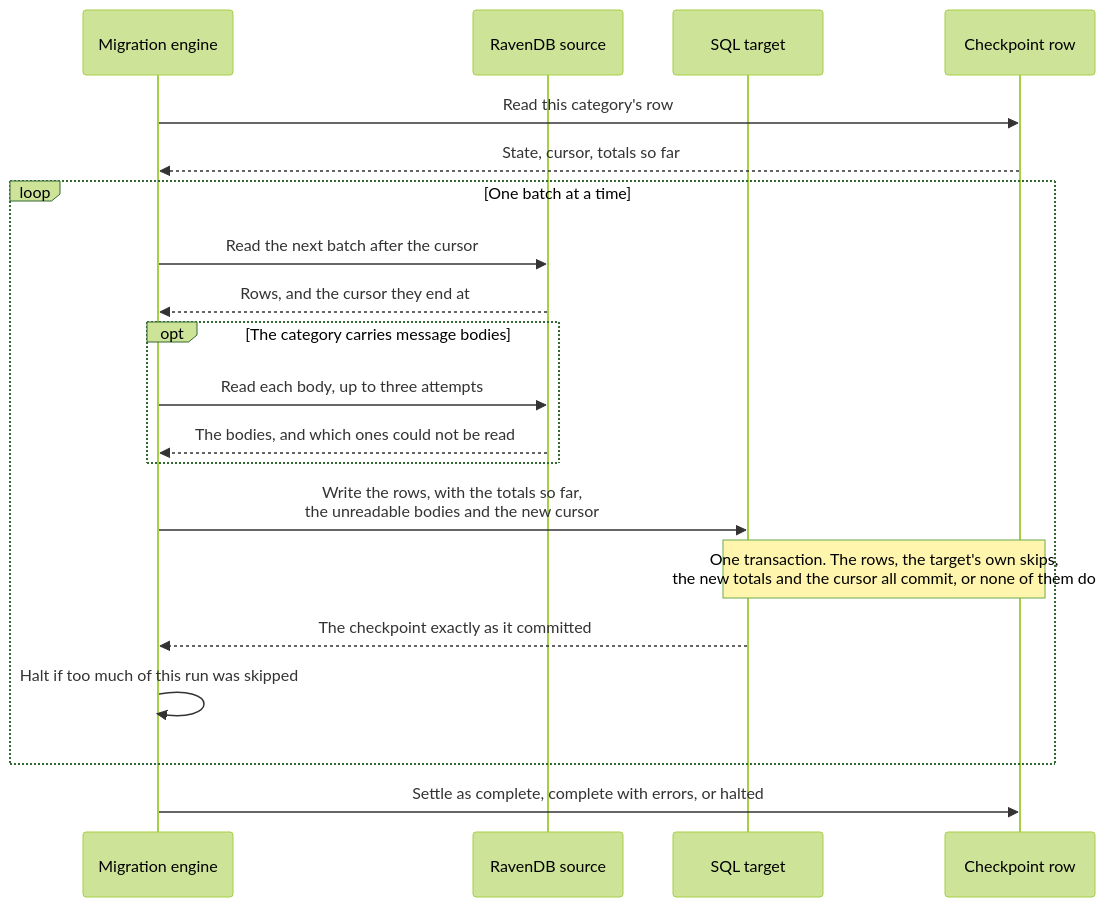
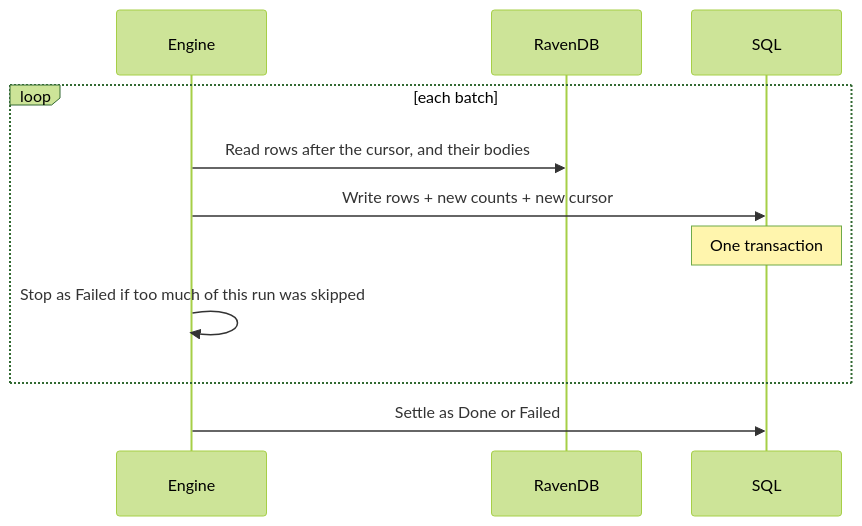
Before and after one commit to Particular/ServiceControl: the fifth of 5 diagrams in docs/migration/ravendb-to-sql-migration-overview.md, drawn with Mermaid (forest theme). The commit also changed other lines of this file and 148 other files, not shown here.

First line of the commit message:
[Migration Engine Part 2] Add a migration checkpoint table to SQL Server and PostgreSQL (#5897)

````diff
--- a/docs/migration/ravendb-to-sql-migration-overview.md
+++ b/docs/migration/ravendb-to-sql-migration-overview.md
@@ -247,23 +296,13 @@
 ```mermaid
 sequenceDiagram
-    participant E as Migration engine
-    participant S as RavenDB source
-    participant T as SQL target
-    participant C as Checkpoint row
-
-    E->>C: Read this category's row
-    C-->>E: State, cursor, totals so far
-    loop One batch at a time
-        E->>S: Read the next batch after the cursor
-        S-->>E: Rows, and the cursor they end at
-        opt The category carries message bodies
-            E->>S: Read each body, up to three attempts
-            S-->>E: The bodies, and which ones could not be read
-        end
-        E->>T: Write the rows, with the totals so far,<br/>the unreadable bodies and the new cursor
-        Note over T,C: One transaction. The rows, the target's own skips,<br/>the new totals and the cursor all commit, or none of them do
-        T-->>E: The checkpoint exactly as it committed
-        E->>E: Halt if too much of this run was skipped
+    participant E as Engine
+    participant S as RavenDB
+    participant T as SQL
+    loop each batch
+        E->>S: Read rows after the cursor, and their bodies
+        E->>T: Write rows + new counts + new cursor
+        Note over T: One transaction
+        E->>E: Stop as Failed if too much of this run was skipped
     end
-    E->>C: Settle as complete, complete with errors, or halted
+    E->>T: Settle as Done or Failed
 ```
````
